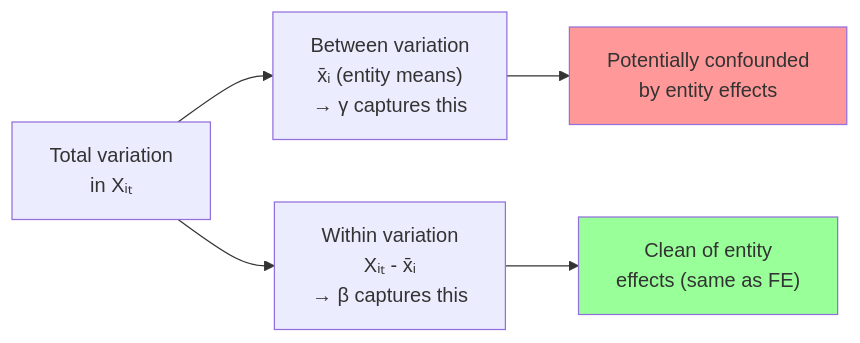
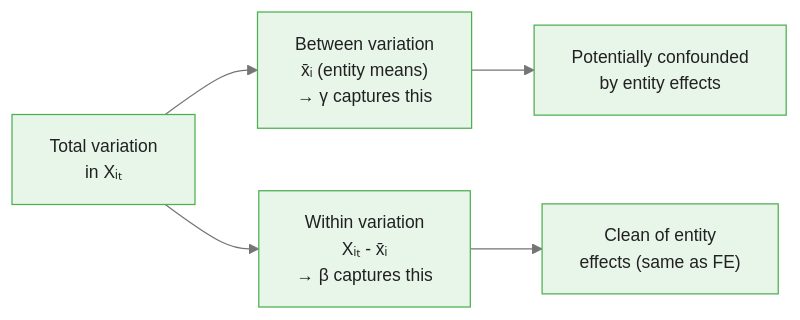
One commit to m-deane/course-creator changed the second of 4 diagrams in courses/panel-regression/modules/module_03_random_effects/guides/03_correlated_random_effects_slides.md. Above: the diagram before and after it, drawn with Mermaid. The commit also changed other lines of this file and 79 other files, not shown here.

````diff
--- a/courses/panel-regression/modules/module_03_random_effects/guides/03_correlated_random_effects_slides.md
+++ b/courses/panel-regression/modules/module_03_random_effects/guides/03_correlated_random_effects_slides.md
@@ -59,11 +79,9 @@
 ```mermaid
+%%{init: {"theme": "base", "themeVariables": {"primaryColor": "#e8f5e9", "primaryBorderColor": "#4caf50", "primaryTextColor": "#212121", "secondaryColor": "#e3f2fd", "tertiaryColor": "#fff8e1", "lineColor": "#757575", "fontFamily": "Inter, sans-serif", "fontSize": "14px"}}}%%
 flowchart LR
     TOTAL["Total variation<br/>in Xᵢₜ"] --> BETWEEN["Between variation<br/>x̄ᵢ (entity means)<br/>→ γ captures this"]
     TOTAL --> WITHIN["Within variation<br/>Xᵢₜ - x̄ᵢ<br/>→ β captures this"]
 
     BETWEEN --> CONFOUNDED["Potentially confounded<br/>by entity effects"]
     WITHIN --> CLEAN["Clean of entity<br/>effects (same as FE)"]
-
-    style CLEAN fill:#9f9
-    style CONFOUNDED fill:#f99
 ```
````
